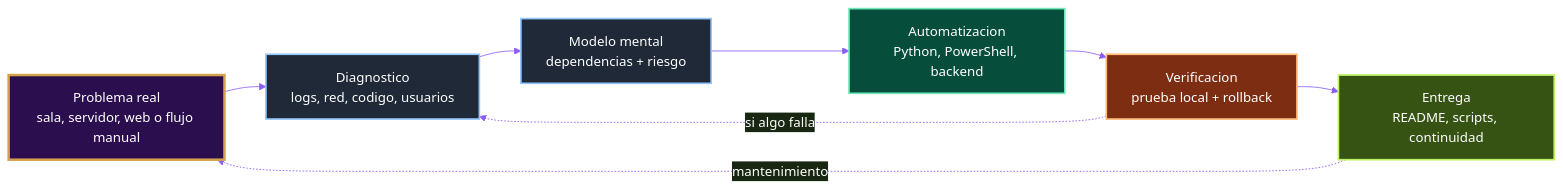
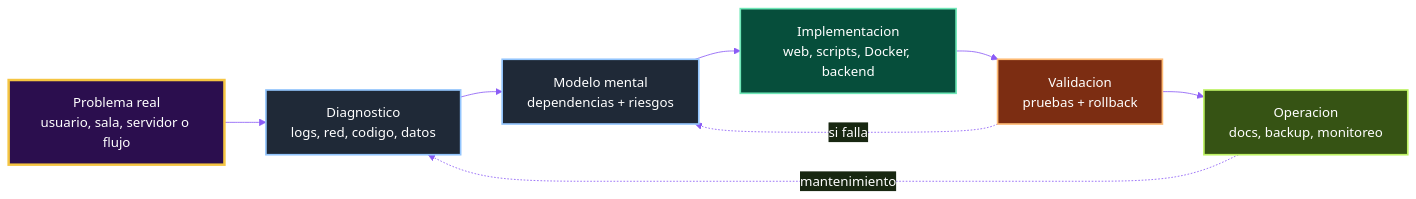
One commit to JackStar6677-1/JackStar6677-1 changed the second of 2 diagrams in README.md. Above: the diagram before and after it, drawn with Mermaid. The commit also changed other lines of this file and 1 other file, not shown here.

````diff
--- a/README.md
+++ b/README.md
@@ -138,20 +172,20 @@
 ```mermaid
-%%{init: {"theme": "base", "themeVariables": {"background": "transparent", "primaryColor": "#111827", "primaryTextColor": "#FFFFFF", "primaryBorderColor": "#D4A24A", "lineColor": "#8B5CF6", "fontFamily": "Fira Code, Segoe UI, sans-serif"}}}%%
+%%{init: {"theme": "base", "themeVariables": {"background": "transparent", "primaryColor": "#111827", "primaryTextColor": "#FFFFFF", "primaryBorderColor": "#F5C542", "lineColor": "#8B5CF6", "fontFamily": "Fira Code, Segoe UI, sans-serif"}}}%%
 flowchart LR
-  A["Problema real<br/>sala, servidor, web o flujo manual"]:::start
-  B["Diagnostico<br/>logs, red, codigo, usuarios"]:::step
-  C["Modelo mental<br/>dependencias + riesgo"]:::step
-  D["Automatizacion<br/>Python, PowerShell, backend"]:::build
-  E["Verificacion<br/>prueba local + rollback"]:::safe
-  F["Entrega<br/>README, scripts, continuidad"]:::done
+  A["Problema real<br/>usuario, sala, servidor o flujo"]:::start
+  B["Diagnostico<br/>logs, red, codigo, datos"]:::step
+  C["Modelo mental<br/>dependencias + riesgos"]:::step
+  D["Implementacion<br/>web, scripts, Docker, backend"]:::build
+  E["Validacion<br/>pruebas + rollback"]:::safe
+  F["Operacion<br/>docs, backup, monitoreo"]:::done
 
   A --> B --> C --> D --> E --> F
-  E -.->|si algo falla| B
-  F -.->|mantenimiento| A
+  F -. mantenimiento .-> B
+  E -. si falla .-> C
 
-  classDef start fill:#2B0E4E,stroke:#D4A24A,stroke-width:3px,color:#FFFFFF;
+  classDef start fill:#2B0E4E,stroke:#F5C542,stroke-width:3px,color:#FFFFFF;
   classDef step fill:#1F2937,stroke:#93C5FD,stroke-width:2px,color:#FFFFFF;
   classDef build fill:#064E3B,stroke:#6EE7B7,stroke-width:2px,color:#FFFFFF;
   classDef safe fill:#7C2D12,stroke:#FDBA74,stroke-width:2px,color:#FFFFFF;
   classDef done fill:#365314,stroke:#BEF264,stroke-width:2px,color:#FFFFFF;
 ```
````
